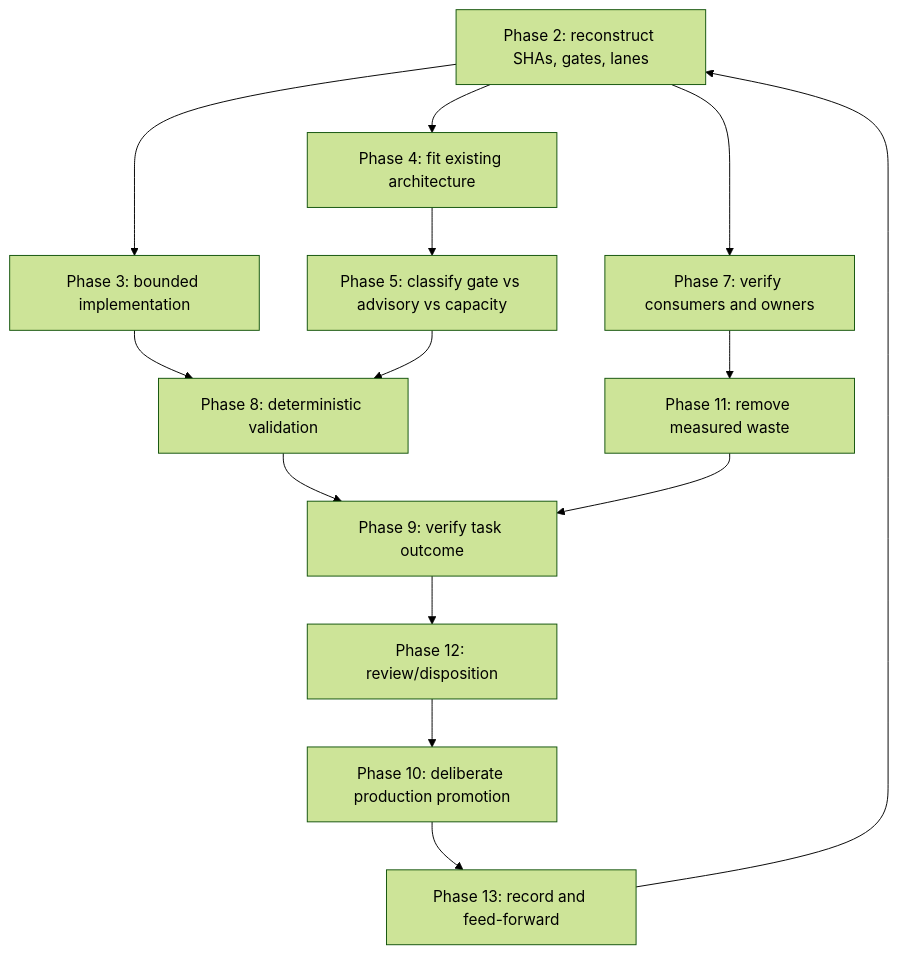
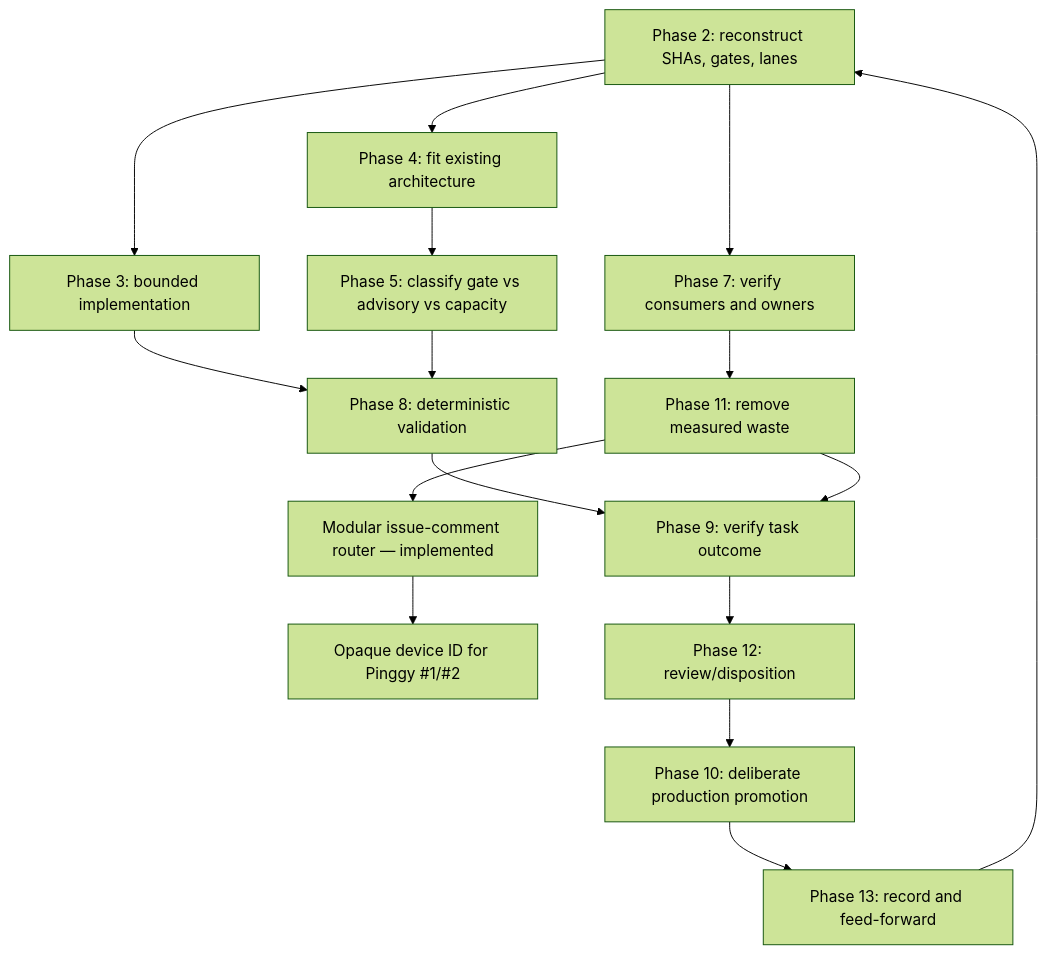
Before and after one commit to timerloggedout-spec/termux-monorepo: the diagram in docs/ops/ACTIONS-MATRIX-UPGRADE-PLAN.md, drawn with Mermaid (forest theme). The commit also changed other lines of this file and 7 other files, not shown here.

First line of the commit message:
ops(matrix): consolidated Actions matrix upgrade + capacity lag + Pinggy opaque ID

````diff
--- a/docs/ops/ACTIONS-MATRIX-UPGRADE-PLAN.md
+++ b/docs/ops/ACTIONS-MATRIX-UPGRADE-PLAN.md
@@ -59,16 +86,18 @@
 ```mermaid
 flowchart TD
   RECON[Phase 2: reconstruct SHAs, gates, lanes] --> ARCH[Phase 4: fit existing architecture]
   RECON --> CODE[Phase 3: bounded implementation]
   ARCH --> CLASSIFY[Phase 5: classify gate vs advisory vs capacity]
   CODE --> TEST[Phase 8: deterministic validation]
   CLASSIFY --> TEST
   RECON --> FANOUT[Phase 7: verify consumers and owners]
   FANOUT --> REDUCE[Phase 11: remove measured waste]
+  REDUCE --> ROUTER[Modular issue-comment router — implemented]
+  ROUTER --> DEVICE[Opaque device ID for Pinggy #1/#2]
   TEST --> EVIDENCE[Phase 9: verify task outcome]
   REDUCE --> EVIDENCE
   EVIDENCE --> REVIEW[Phase 12: review/disposition]
   REVIEW --> PROMOTE[Phase 10: deliberate production promotion]
   PROMOTE --> LEARN[Phase 13: record and feed-forward]
   LEARN --> RECON
 ```
````
